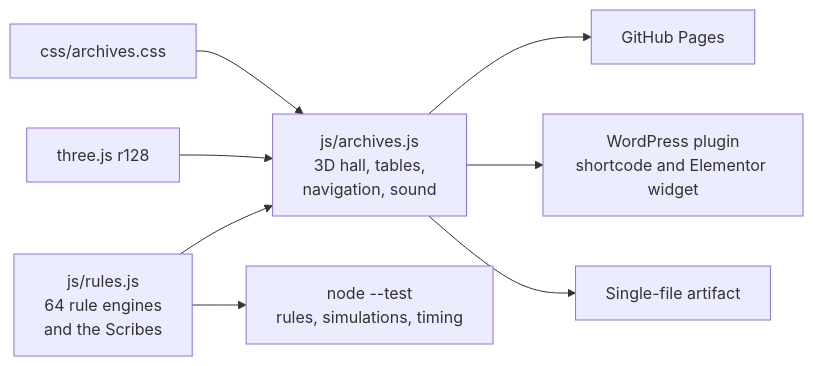
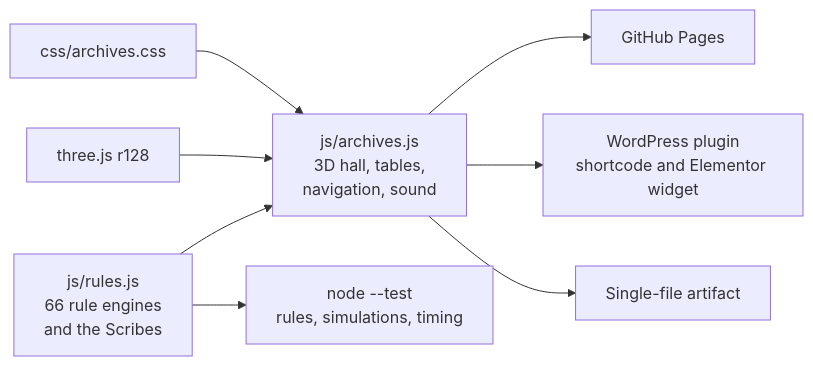
Before and after one commit to CptNope/Librarium-Archives: the second of 2 diagrams in README.md, drawn with Mermaid. The commit also changed other lines of this file and 8 other files, not shown here.

First line of the commit message:
0.34.0 docs: exhibits, rule notes, engines, changelog, plugin readme, visiting guide and sources for Euchre, Patience and Ganjifa

````diff
--- a/README.md
+++ b/README.md
@@ -41,10 +41,10 @@
 ```mermaid
 flowchart LR
-    rules["js/rules.js<br/>64 rule engines<br/>and the Scribes"] --> hall["js/archives.js<br/>3D hall, tables,<br/>navigation, sound"]
+    rules["js/rules.js<br/>66 rule engines<br/>and the Scribes"] --> hall["js/archives.js<br/>3D hall, tables,<br/>navigation, sound"]
     three["three.js r128"] --> hall
     css["css/archives.css"] --> hall
     hall --> site["GitHub Pages"]
     hall --> plugin["WordPress plugin<br/>shortcode and Elementor widget"]
     hall --> artifact["Single-file artifact"]
     rules --> tests["node --test<br/>rules, simulations, timing"]
 ```
````
